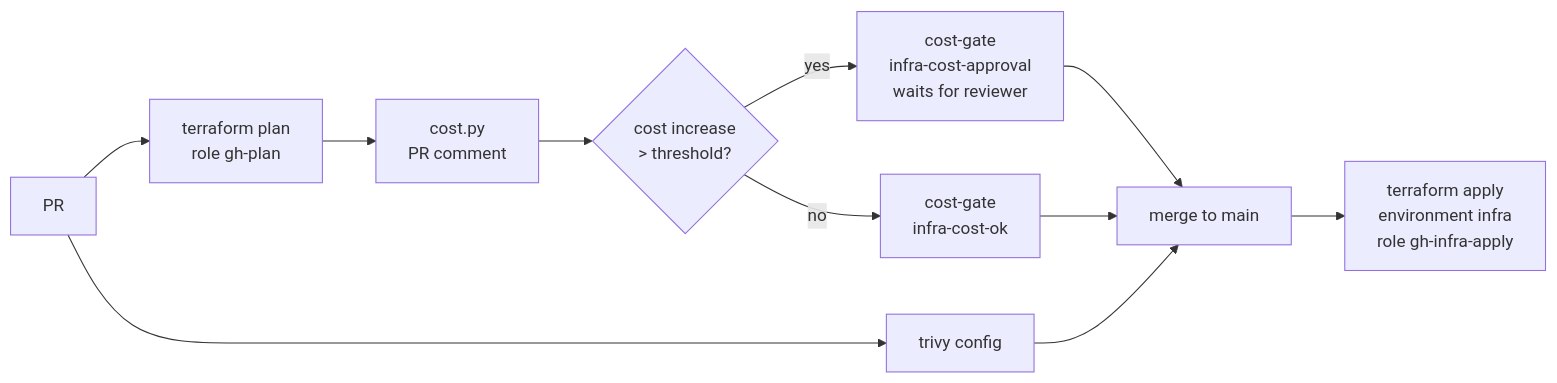
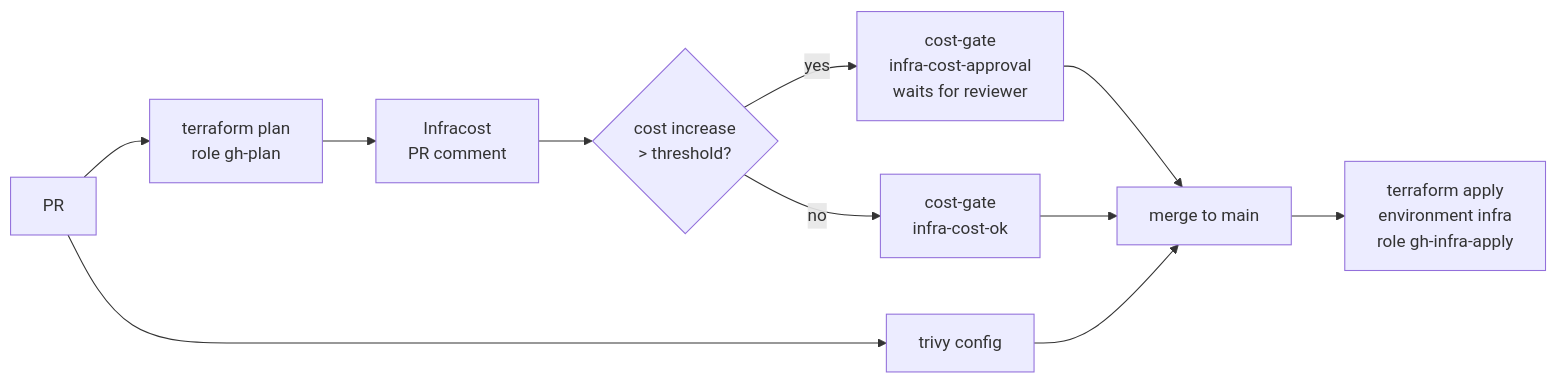
Before and after one commit to marcinbator/ecs-supply-chain: the third of 4 diagrams in docs/architecture.md, drawn with Mermaid. The commit also changed 11 other files, not shown here.

````diff
--- a/docs/architecture.md
+++ b/docs/architecture.md
@@ -57,8 +57,8 @@
 ```mermaid
 flowchart LR
-  P[PR] --> plan[terraform plan<br>role gh-plan] --> cost[cost.py<br>PR comment] --> gate{cost increase<br>> threshold?}
+  P[PR] --> plan[terraform plan<br>role gh-plan] --> cost[Infracost<br>PR comment] --> gate{cost increase<br>> threshold?}
   gate -->|yes| ap[cost-gate<br>infra-cost-approval<br>waits for reviewer]
   gate -->|no| ok[cost-gate<br>infra-cost-ok]
   P --> trivy[trivy config]
   ap & ok & trivy --> merge[merge to main] --> apply[terraform apply<br>environment infra<br>role gh-infra-apply]
 ```
````
